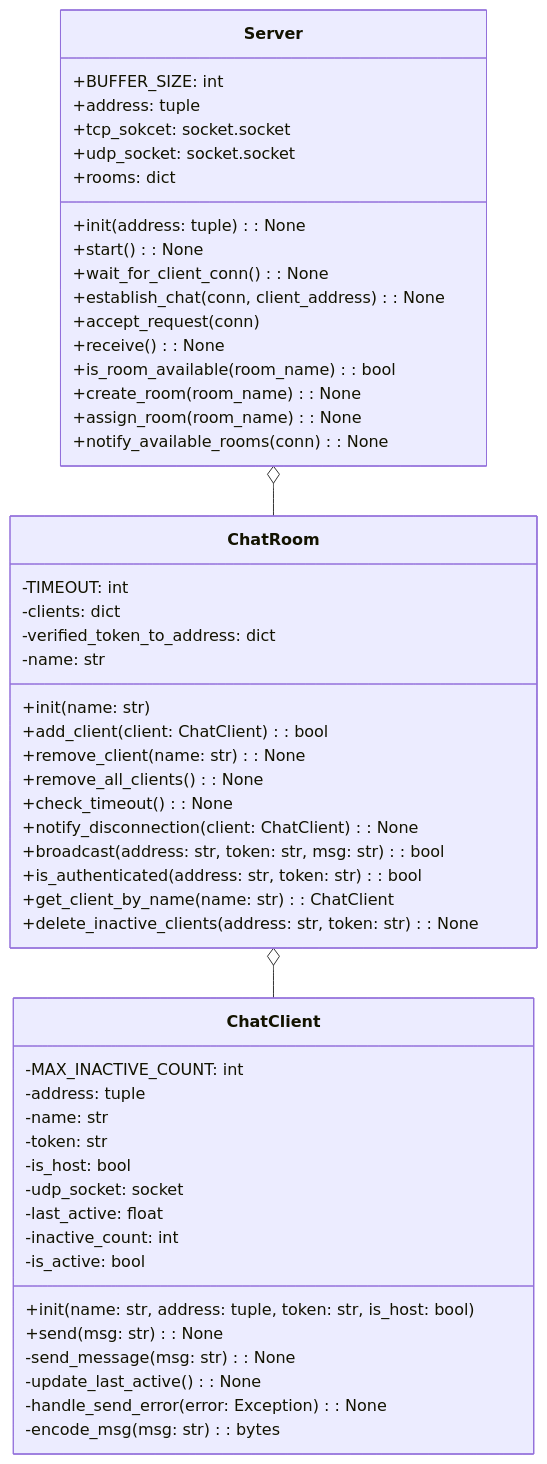
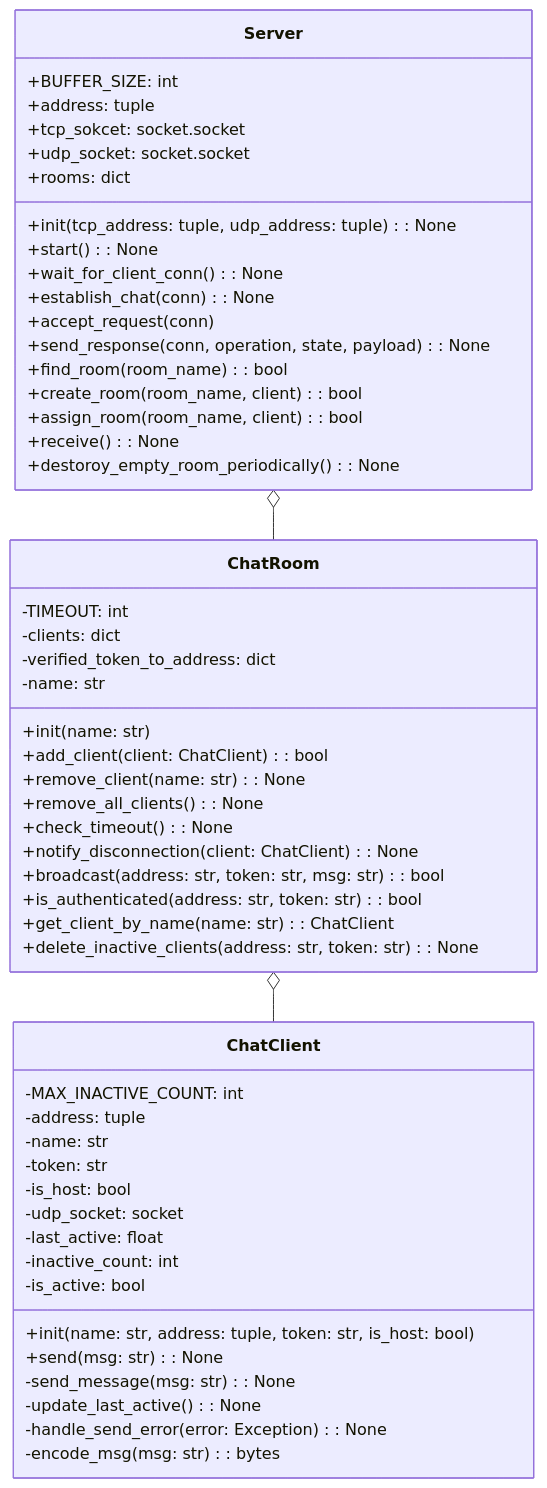
The first of 2 diagrams in README.md (recursion-backend-team-d/online-chat-messenger), drawn with Mermaid before and after one commit. The commit also changed other lines of this file and 1 other file, not shown here.

````diff
--- a/README.md
+++ b/README.md
@@ -7,60 +7,61 @@
 ```mermaid
 classDiagram
 class ChatClient {
   -MAX_INACTIVE_COUNT: int
   -address: tuple
   -name: str
   -token: str
   -is_host: bool
   -udp_socket: socket
   -last_active: float
   -inactive_count: int
   -is_active: bool
 
   +init(name: str, address: tuple, token: str, is_host: bool)
   +send(msg: str): None
   -send_message(msg: str): None
   -update_last_active(): None
   -handle_send_error(error: Exception): None
   -encode_msg(msg: str): bytes
 }
 
 class ChatRoom {
   -TIMEOUT: int
   -clients: dict
   -verified_token_to_address: dict
   -name: str
 
   +init(name: str)
   +add_client(client: ChatClient): bool
   +remove_client(name: str): None
   +remove_all_clients(): None
   +check_timeout(): None
   +notify_disconnection(client: ChatClient): None
   +broadcast(address: str, token: str, msg: str): bool
   +is_authenticated(address: str, token: str): bool
   +get_client_by_name(name: str): ChatClient
   +delete_inactive_clients(address: str, token: str): None
 }
 
 class Server {
   +BUFFER_SIZE: int
   +address: tuple
   +tcp_sokcet: socket.socket
   +udp_socket: socket.socket
   +rooms: dict
 
-  +init(address: tuple): None
+  +init(tcp_address: tuple, udp_address: tuple): None
   +start(): None
   +wait_for_client_conn(): None
-  +establish_chat(conn, client_address): None
+  +establish_chat(conn): None
   +accept_request(conn)
+  +send_response(conn, operation, state, payload): None
+  +find_room(room_name): bool
+  +create_room(room_name, client): bool
+  +assign_room(room_name, client): bool
   +receive(): None
-  +is_room_available(room_name): bool
-  +create_room(room_name): None
-  +assign_room(room_name): None
-  +notify_available_rooms(conn): None
+  +destoroy_empty_room_periodically(): None
 }
 Server o-- ChatRoom
 ChatRoom o-- ChatClient
 ```
````
